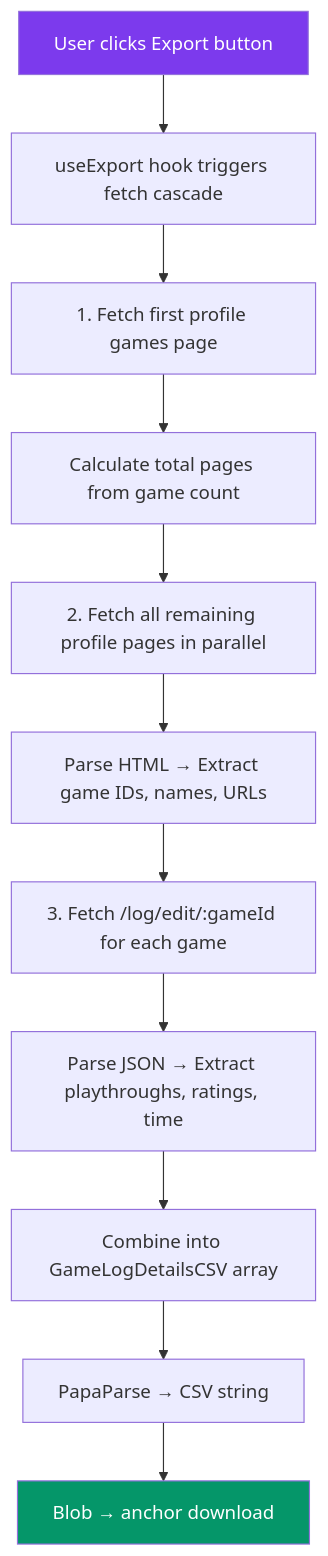
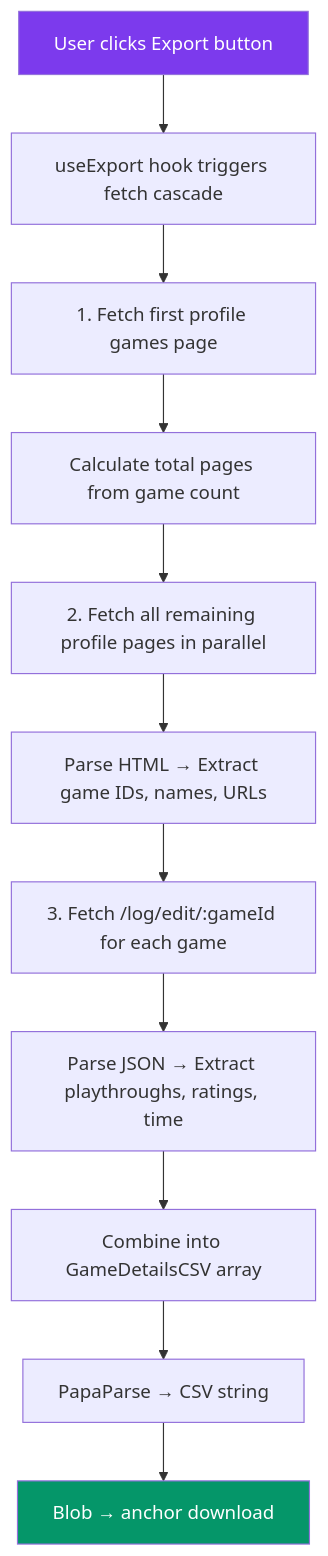
Before and after one commit to jolacdev/backloggd-plus: the diagram in entrypoints/backloggd.content/README.md, drawn with Mermaid. The commit also changed other lines of this file and 7 other files, not shown here.

````diff
--- a/entrypoints/backloggd.content/README.md
+++ b/entrypoints/backloggd.content/README.md
@@ -45,16 +45,16 @@
 ```mermaid
 flowchart TD
     A["User clicks Export button"] --> B["useExport hook triggers fetch cascade"]
     B --> C["1. Fetch first profile games page"]
     C --> D["Calculate total pages from game count"]
     D --> E["2. Fetch all remaining profile pages in parallel"]
     E --> F["Parse HTML → Extract game IDs, names, URLs"]
     F --> G["3. Fetch /log/edit/:gameId for each game"]
     G --> H["Parse JSON → Extract playthroughs, ratings, time"]
-    H --> I["Combine into GameLogDetailsCSV array"]
+    H --> I["Combine into GameDetailsCSV array"]
     I --> J["PapaParse → CSV string"]
     J --> K["Blob → anchor download"]
 
     style A fill:#7c3aed,color:#fff
     style K fill:#059669,color:#fff
 ```
````
